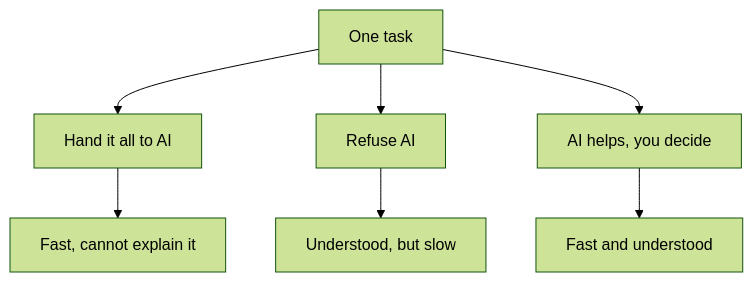
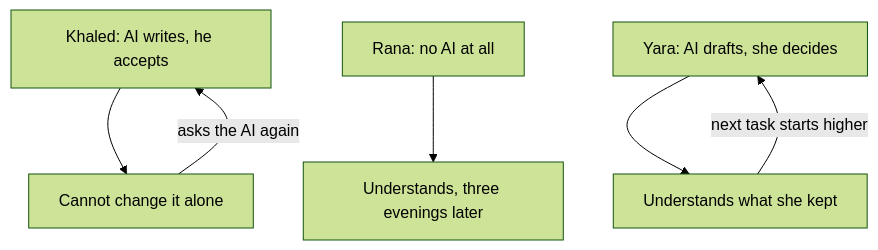
One commit to Muhammad-AnasKhan/Buildment changed the diagram in content/import/build-with-ai/01-ai-as-an-enabler/01.01-set-the-scene.md. Above: the diagram before and after it, drawn with Mermaid (forest theme). The commit also changed other lines of this file and 13 other files, not shown here.

Commit message:
Revise build-with-ai module 1 after G5 round 1: real predicts, balanced options, rebuilt diagrams

````diff
--- a/content/import/build-with-ai/01-ai-as-an-enabler/01.01-set-the-scene.md
+++ b/content/import/build-with-ai/01-ai-as-an-enabler/01.01-set-the-scene.md
@@ -54,9 +54,8 @@
 ```mermaid
 flowchart TD
-  T["One task"] --> K["Hand it all to AI"]
-  T --> R["Refuse AI"]
-  T --> Y["AI helps, you decide"]
-  K --> K2["Fast, cannot explain it"]
-  R --> R2["Understood, but slow"]
-  Y --> Y2["Fast and understood"]
+  K["Khaled: AI writes, he accepts"] --> K2["Cannot change it alone"]
+  K2 -->|"asks the AI again"| K
+  R["Rana: no AI at all"] --> R2["Understands, three evenings later"]
+  Y["Yara: AI drafts, she decides"] --> Y2["Understands what she kept"]
+  Y2 -->|"next task starts higher"| Y
 ```
````
